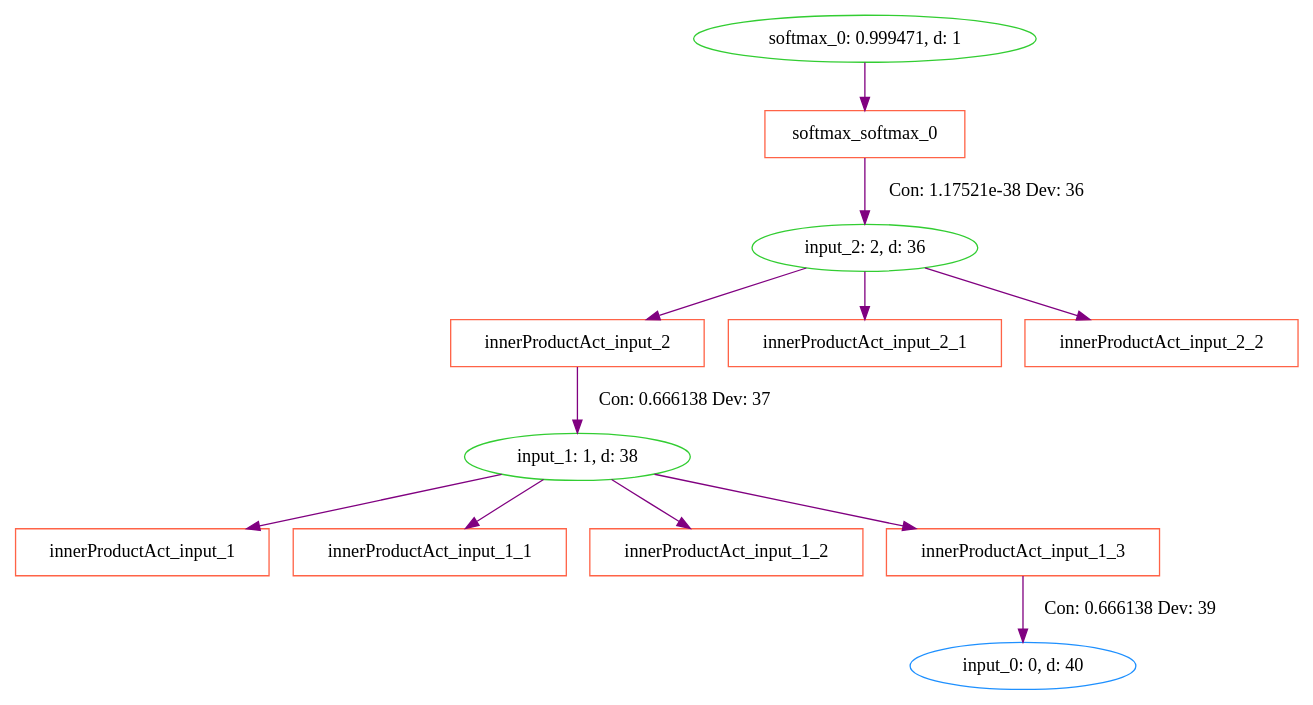
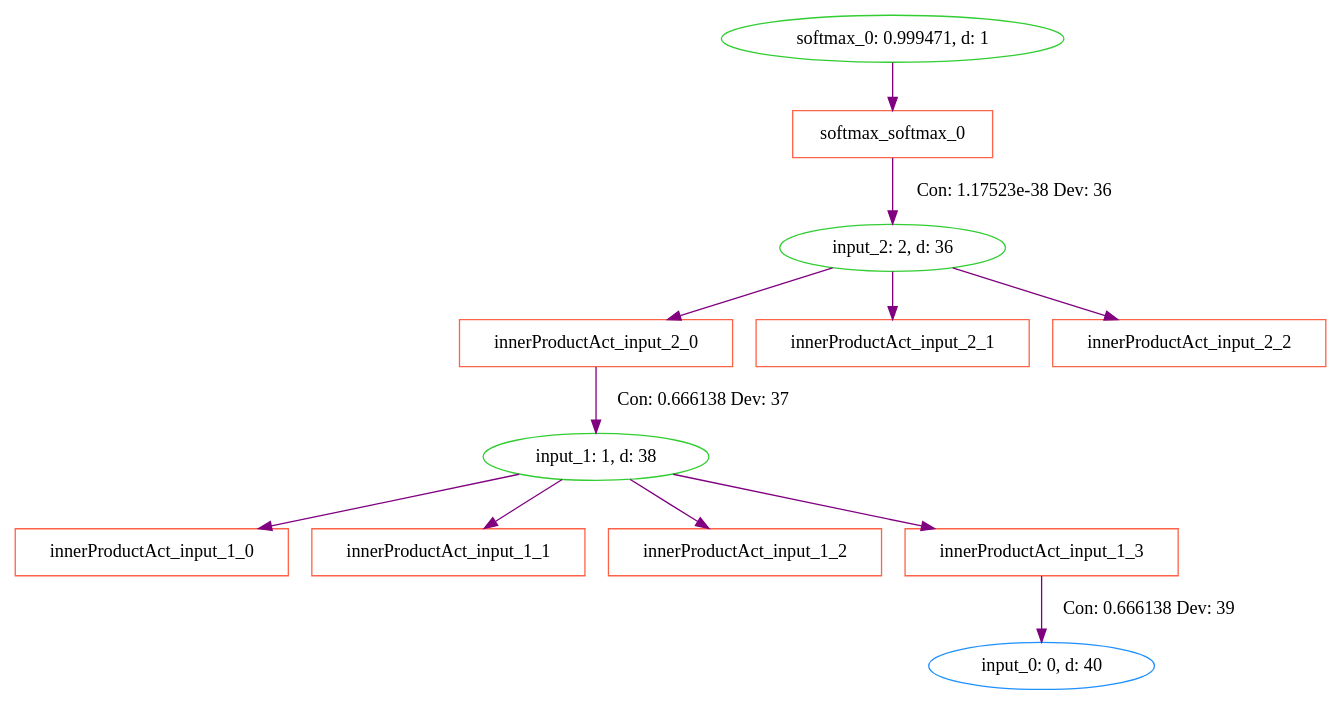
The diagram in data/iris/cprov/test2-softmax_0-approx.dot (milliondegree/PXAI), drawn with Graphviz before and after one commit. The commit also changed 10 other files, not shown here.

```diff
--- a/data/iris/cprov/test2-softmax_0-approx.dot
+++ b/data/iris/cprov/test2-softmax_0-approx.dot
@@ -1,36 +1,36 @@
 digraph G {
 0 [label="softmax_0: 0.999471, d: 1", shape=oval, color=limegreen];
 1 [label="softmax_softmax_0", shape=box, color=tomato];
 2 [label="input_2: 2, d: 36", shape=oval, color=limegreen];
-3 [label="innerProductAct_input_2", shape=box, color=tomato];
+3 [label="innerProductAct_input_2_0", shape=box, color=tomato];
 4 [label="input_1: 1, d: 38", shape=oval, color=limegreen];
-5 [label="innerProductAct_input_1", shape=box, color=tomato];
+5 [label="innerProductAct_input_1_0", shape=box, color=tomato];
 6 [label="innerProductAct_input_1_1", shape=box, color=tomato];
 7 [label="innerProductAct_input_1_2", shape=box, color=tomato];
 8 [label="innerProductAct_input_1_3", shape=box, color=tomato];
 9 [label="input_0: 0, d: 40", shape=oval, color=dodgerblue];
 10 [label="innerProductAct_input_2_1", shape=box, color=tomato];
 11 [label="innerProductAct_input_2_2", shape=box, color=tomato];
 0->1  [color=purple]
  [label=""];
 1->2  [color=purple]
- [label="Con: 1.17521e-38 Dev: 36"];
+ [label="Con: 1.17523e-38 Dev: 36"];
 2->3  [color=purple]
  [label=""];
 4->5  [color=purple]
  [label=""];
 4->6  [color=purple]
  [label=""];
 4->7  [color=purple]
  [label=""];
 4->8  [color=purple]
  [label=""];
 2->10  [color=purple]
  [label=""];
 2->11  [color=purple]
  [label=""];
 3->4  [color=purple]
  [label="Con: 0.666138 Dev: 37"];
 8->9  [color=purple]
  [label="Con: 0.666138 Dev: 39"];
 }
```
